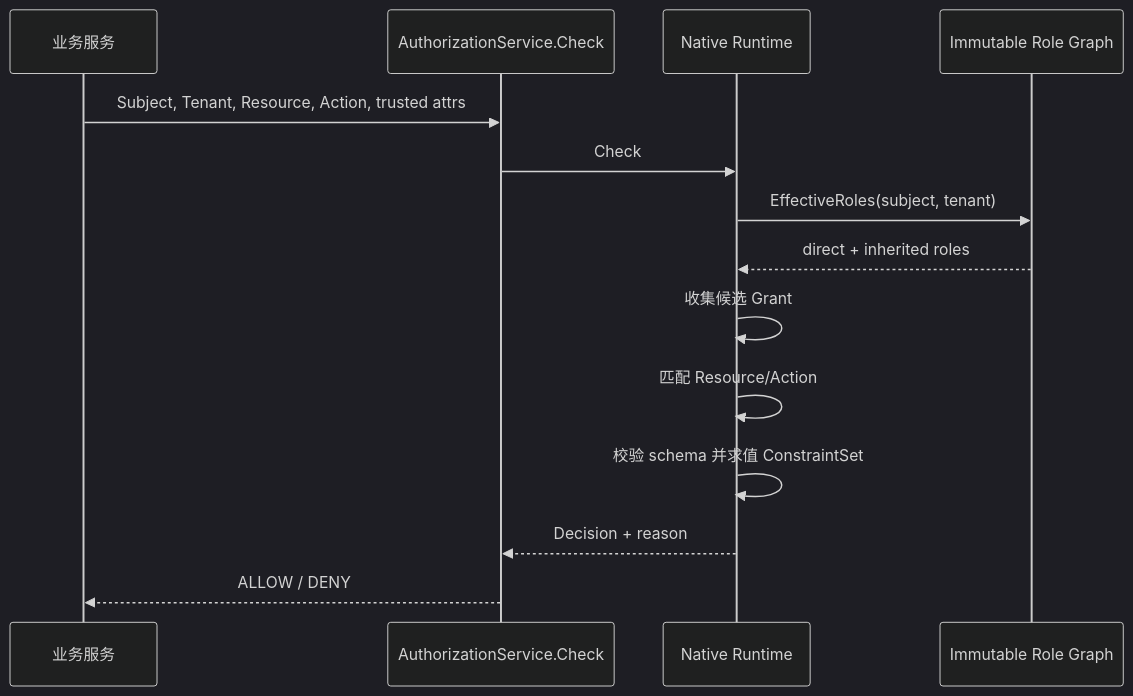
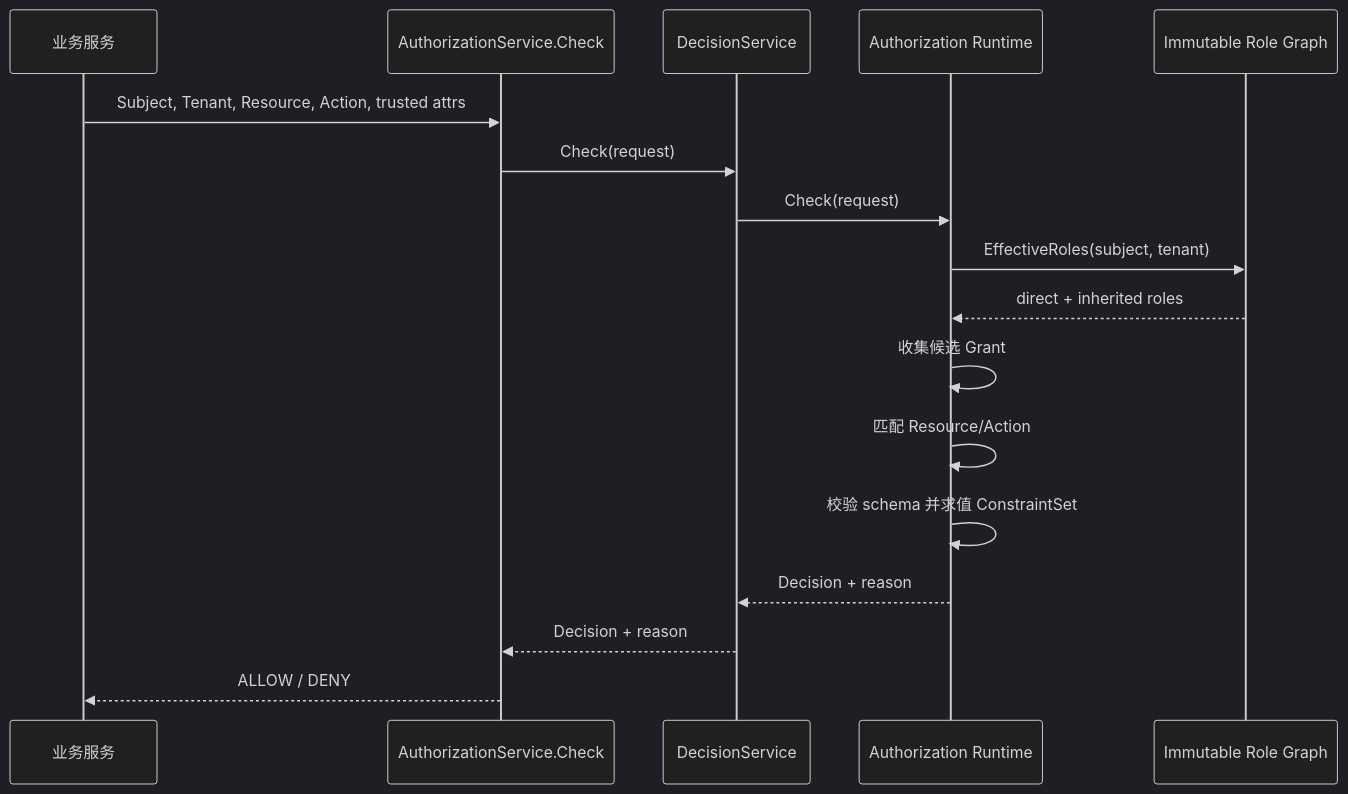
One commit to FangcunMount/iam changed the diagram in docs/02-业务模块/03-AuthZ/02-关键链路-授权判定与不可变快照.md. Above: the diagram before and after it, drawn with Mermaid (dark theme). The commit also changed other lines of this file and 172 other files, not shown here.

````diff
--- a/docs/02-业务模块/03-AuthZ/02-关键链路-授权判定与不可变快照.md
+++ b/docs/02-业务模块/03-AuthZ/02-关键链路-授权判定与不可变快照.md
@@ -67,16 +67,19 @@
 ```mermaid
 sequenceDiagram
   participant Caller as 业务服务
   participant GRPC as AuthorizationService.Check
-  participant RT as Native Runtime
+  participant APP as DecisionService
+  participant RT as Authorization Runtime
   participant RG as Immutable Role Graph
   Caller->>GRPC: Subject, Tenant, Resource, Action, trusted attrs
-  GRPC->>RT: Check
+  GRPC->>APP: Check(request)
+  APP->>RT: Check(request)
   RT->>RG: EffectiveRoles(subject, tenant)
   RG-->>RT: direct + inherited roles
   RT->>RT: 收集候选 Grant
   RT->>RT: 匹配 Resource/Action
   RT->>RT: 校验 schema 并求值 ConstraintSet
-  RT-->>GRPC: Decision + reason
+  RT-->>APP: Decision + reason
+  APP-->>GRPC: Decision + reason
   GRPC-->>Caller: ALLOW / DENY
 ```
````
